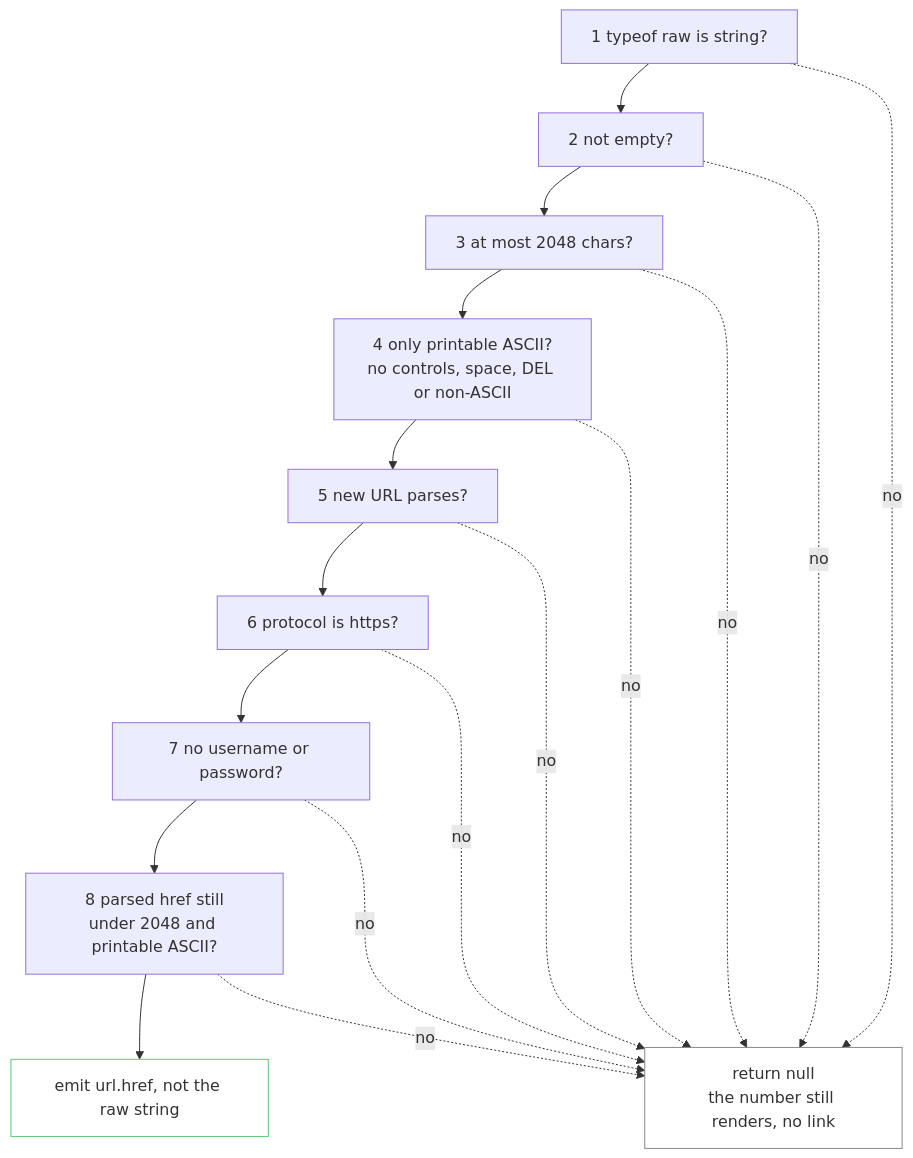
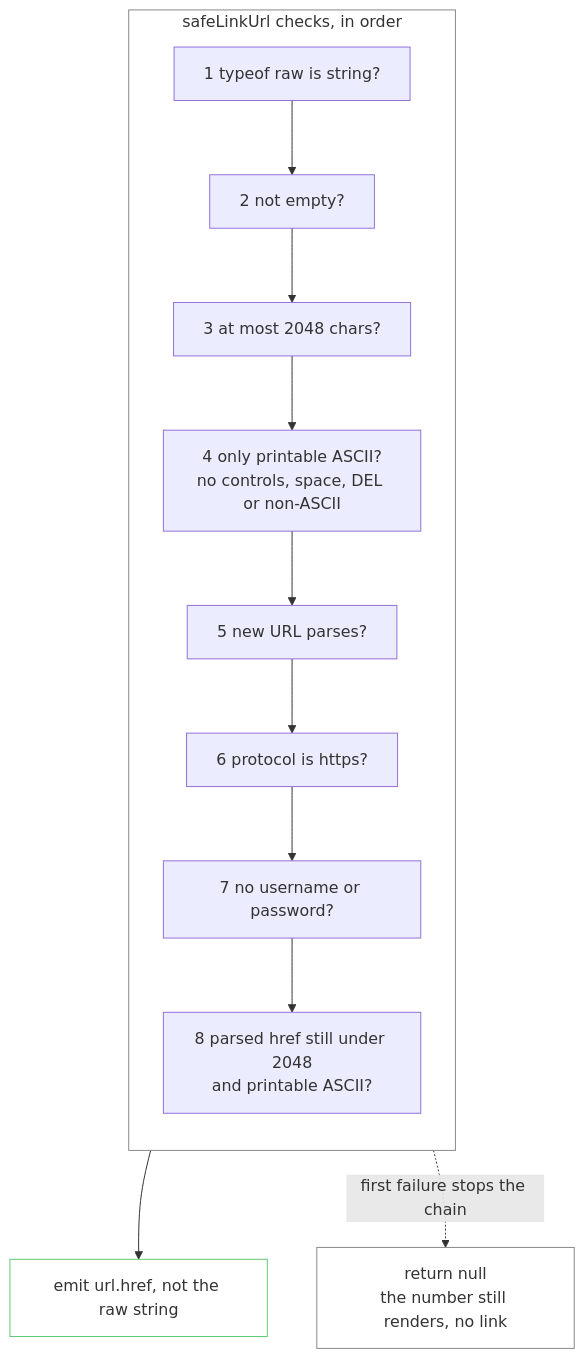
The second of 2 diagrams in diagrams/pr-mr-segment.md (carterptull/ampline-claude), drawn with Mermaid before and after one commit.

Commit message:
docs: simplify the safeLinkUrl check diagram

````diff
--- a/diagrams/pr-mr-segment.md
+++ b/diagrams/pr-mr-segment.md
@@ -58,26 +58,14 @@
 ```mermaid
 flowchart TB
-    a["1 typeof raw is string?"]
-    b["2 not empty?"]
-    c["3 at most 2048 chars?"]
-    d["4 only printable ASCII?<br/>no controls, space, DEL or non-ASCII"]
-    e["5 new URL parses?"]
-    f["6 protocol is https?"]
-    g["7 no username or password?"]
-    h["8 parsed href still<br/>under 2048 and printable ASCII?"]
-    ok["emit url.href, not the raw string"]
-    fail["return null<br/>the number still renders, no link"]
+    subgraph checks["safeLinkUrl checks, in order"]
+        direction TB
+        a["1 typeof raw is string?"] --> b["2 not empty?"] --> c["3 at most 2048 chars?"] --> d["4 only printable ASCII?<br/>no controls, space, DEL or non-ASCII"] --> e["5 new URL parses?"] --> f["6 protocol is https?"] --> g["7 no username or password?"] --> h["8 parsed href still under 2048<br/>and printable ASCII?"]
+    end
 
-    a --> b --> c --> d --> e --> f --> g --> h --> ok
-    a -.->|no| fail
-    b -.->|no| fail
-    c -.->|no| fail
-    d -.->|no| fail
-    e -.->|no| fail
-    f -.->|no| fail
-    g -.->|no| fail
-    h -.->|no| fail
+    h --> ok["emit url.href, not the raw string"]
+    checks -.->|"first failure stops the chain"| fail["return null<br/>the number still renders, no link"]
 
     style ok fill:transparent,stroke:#60C878
     style fail fill:transparent,stroke:#888
+    style checks fill:transparent,stroke:#888
 ```
````
